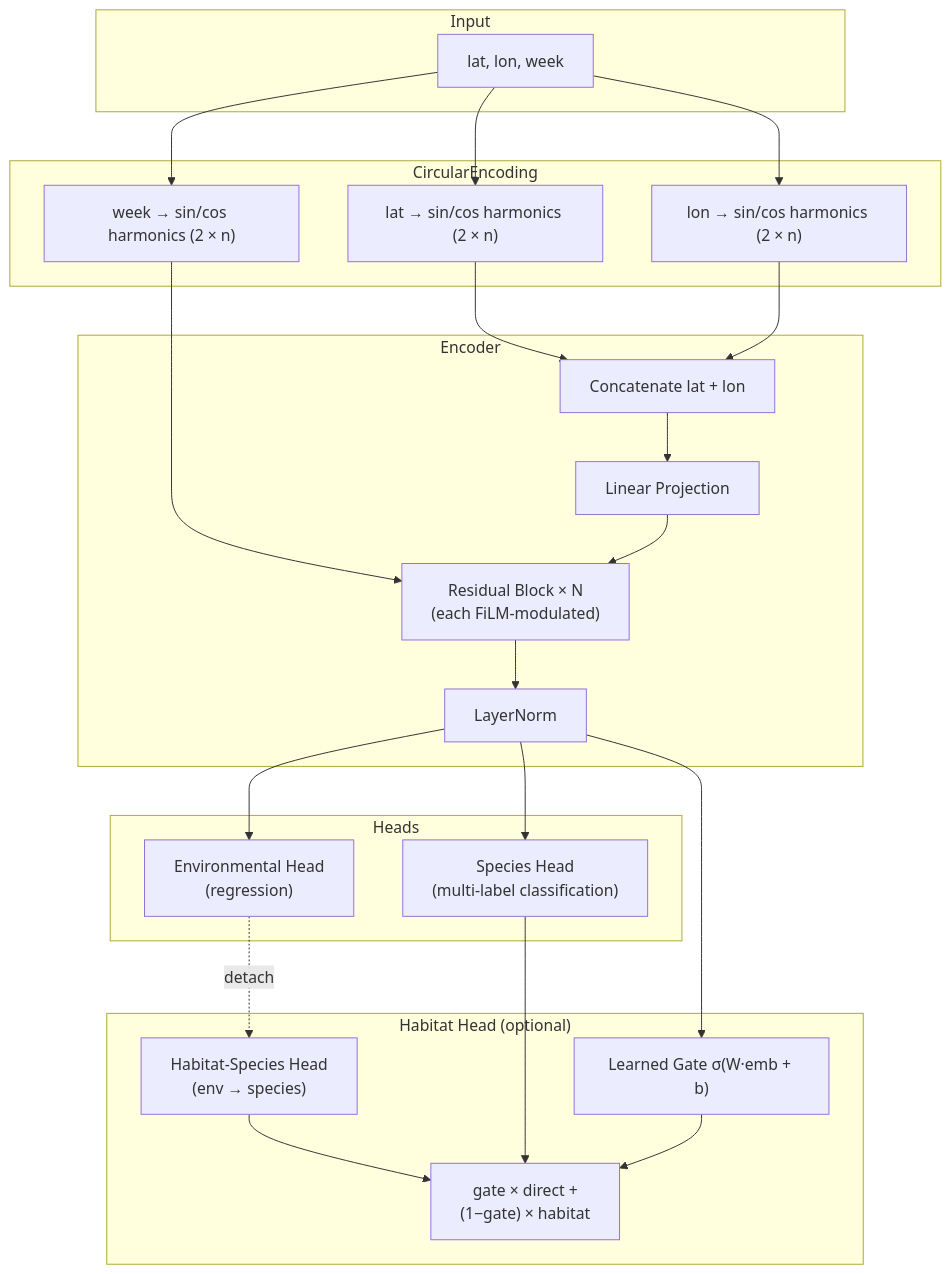
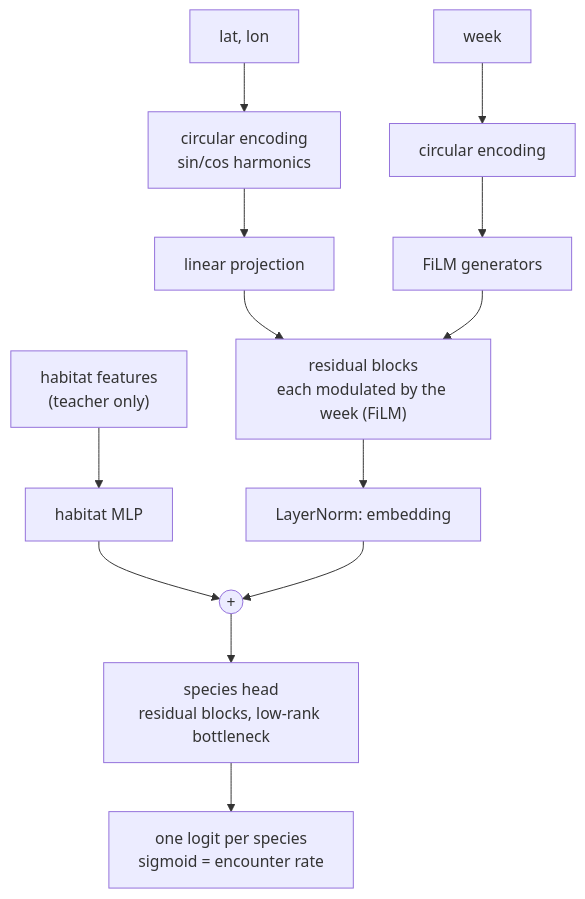
Before and after one commit to birdnet-team/geomodel: the diagram in docs/model/architecture.md, drawn with Mermaid. The commit also changed other lines of this file and 41 other files, not shown here.

````diff
--- a/docs/model/architecture.md
+++ b/docs/model/architecture.md
@@ -18,48 +10,13 @@
 ```mermaid
 graph TD
-    subgraph Input
-        A[lat, lon, week]
-    end
-
-    subgraph CircularEncoding
-        B["lat → sin/cos harmonics (2 × n)"]
-        C["lon → sin/cos harmonics (2 × n)"]
-        D["week → sin/cos harmonics (2 × n)"]
-    end
-
-    A --> B
-    A --> C
-    A --> D
-
-    subgraph Encoder
-        E["Concatenate lat + lon"]
-        F[Linear Projection]
-        G["Residual Block × N<br/>(each FiLM-modulated)"]
-        H[LayerNorm]
-    end
-
-    B --> E
-    C --> E
-    D --> G
-    E --> F --> G --> H
-
-    subgraph Heads
-        I["Species Head<br/>(multi-label classification)"]
-        J["Environmental Head<br/>(regression)"]
-    end
-
-    H --> I
-    H --> J
-
-    subgraph "Habitat Head (optional)"
-        K["Habitat-Species Head<br/>(env → species)"]
-        L["Learned Gate σ(W·emb + b)"]
-        M["gate × direct +<br/>(1−gate) × habitat"]
-    end
-
-    J -.->|detach| K
-    K --> M
-    I --> M
-    H --> L
-    L --> M
+    A[lat, lon] --> E1["circular encoding<br/>sin/cos harmonics"]
+    W[week] --> E2["circular encoding"]
+    E1 --> P[linear projection]
+    P --> R["residual blocks<br/>each modulated by the week (FiLM)"]
+    E2 --> F[FiLM generators] --> R
+    R --> N[LayerNorm: embedding]
+    H["habitat features<br/>(teacher only)"] --> M[habitat MLP] --> S
+    N --> S(("+"))
+    S --> SH["species head<br/>residual blocks, low-rank bottleneck"]
+    SH --> O["one logit per species<br/>sigmoid = encounter rate"]
 ```
````
